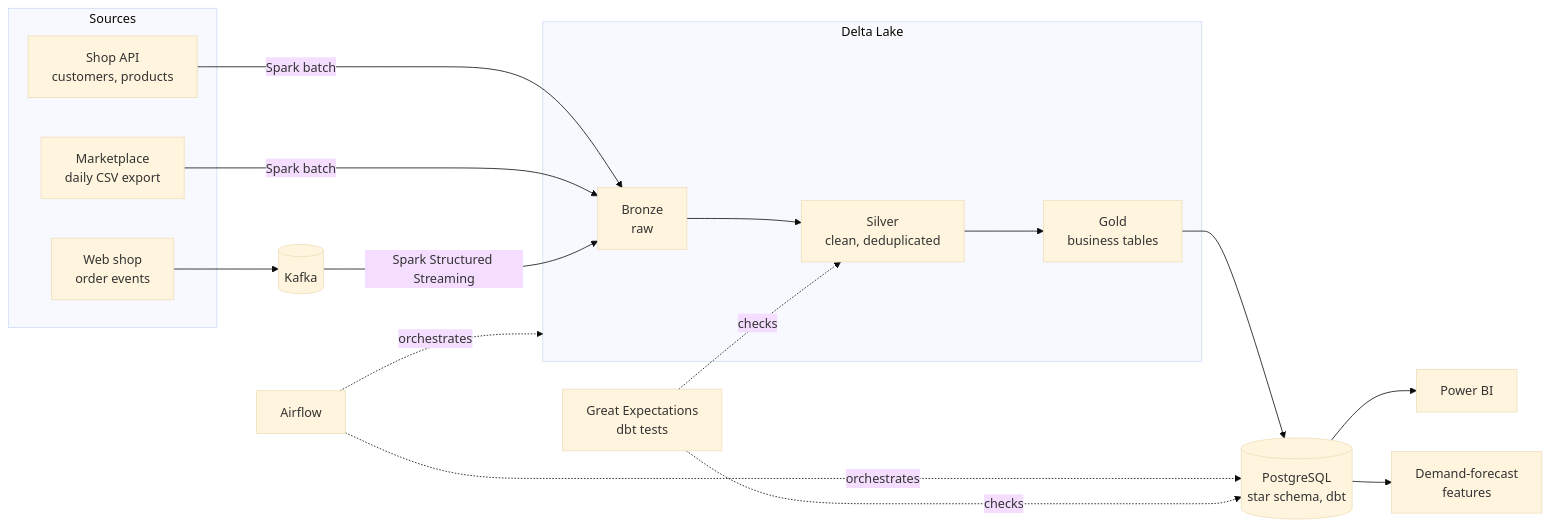
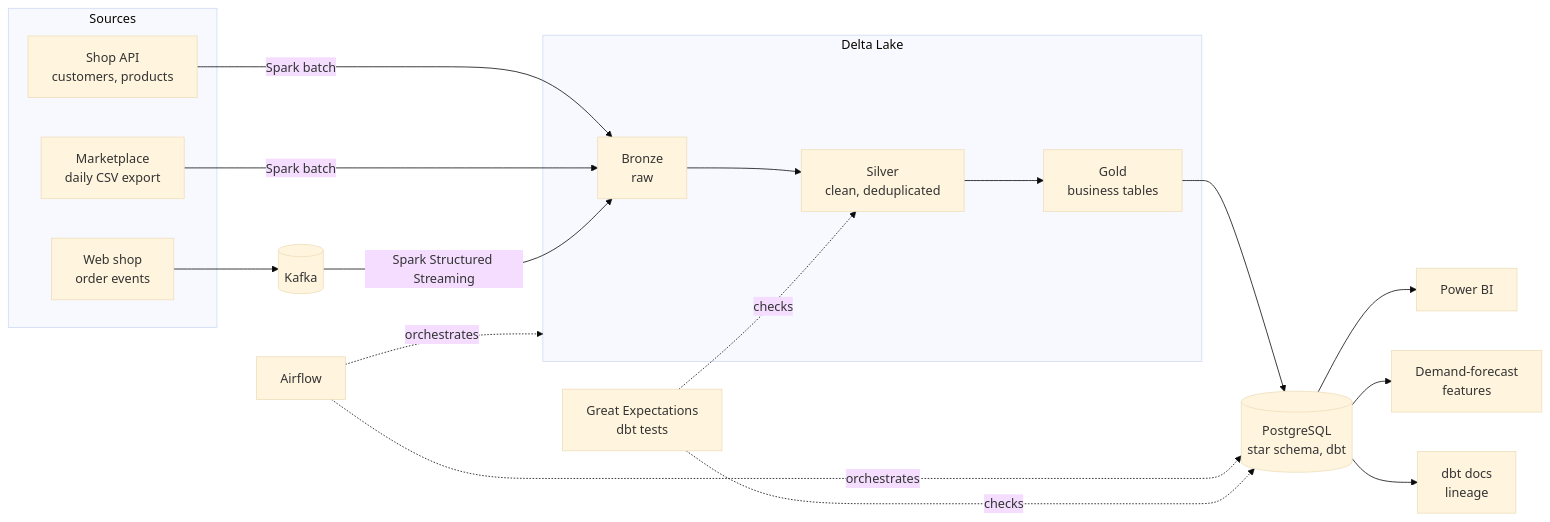
The first of 3 diagrams in README.md (Oussama-essalehi/ecommerce-data-platform), drawn with Mermaid (base theme) before and after one commit. The commit also changed other lines of this file and 16 other files, not shown here.

````diff
--- a/README.md
+++ b/README.md
@@ -14,27 +23,28 @@
 ```mermaid
 flowchart LR
     subgraph Sources
         API[Shop API<br/>customers, products]
         CSV[Marketplace<br/>daily CSV export]
         WEB[Web shop<br/>order events]
     end
 
     WEB --> K[(Kafka)]
 
     subgraph Lake[Delta Lake]
         B[Bronze<br/>raw] --> S[Silver<br/>clean, deduplicated] --> G[Gold<br/>business tables]
     end
 
     API -- Spark batch --> B
     CSV -- Spark batch --> B
     K -- Spark Structured Streaming --> B
 
     G --> W[(PostgreSQL<br/>star schema, dbt)]
     W --> BI[Power BI]
     W --> F[Demand-forecast<br/>features]
+    W --> DOC[dbt docs<br/>lineage]
 
     AF[Airflow] -. orchestrates .-> Lake
     AF -. orchestrates .-> W
     GE[Great Expectations<br/>dbt tests] -. checks .-> S
     GE -. checks .-> W
 ```
````
